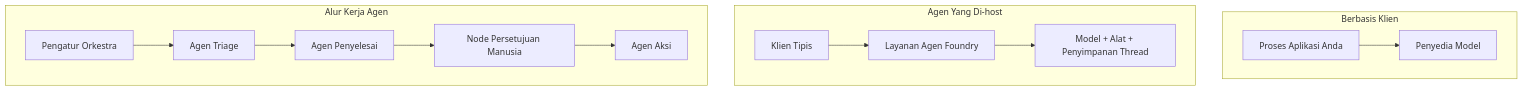
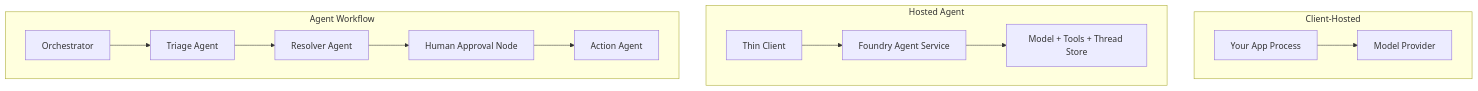
Before and after one commit to gabrielmoreira/agent-skills-mirror: the first of 4 diagrams in mirrors/repos/microsoft@ai-agents-for-beginners/translations/id/16-deploying-scalable-agents/README.md, drawn with Mermaid. The commit also changed other lines of this file and 5918 other files, not shown here.

````diff
--- a/mirrors/repos/microsoft@ai-agents-for-beginners/translations/id/16-deploying-scalable-agents/README.md
+++ b/mirrors/repos/microsoft@ai-agents-for-beginners/translations/id/16-deploying-scalable-agents/README.md
@@ -87,16 +87,16 @@
 ```mermaid
 flowchart TB
-    subgraph P1[Berbasis Klien]
-        A1[Proses Aplikasi Anda] --> M1[Penyedia Model]
+    subgraph P1[Client-Hosted]
+        A1[Your App Process] --> M1[Model Provider]
     end
-    subgraph P2[Agen Yang Di-host]
-        A2[Klien Tipis] --> F2[Layanan Agen Foundry]
-        F2 --> M2[Model + Alat + Penyimpanan Thread]
+    subgraph P2[Hosted Agent]
+        A2[Thin Client] --> F2[Foundry Agent Service]
+        F2 --> M2[Model + Tools + Thread Store]
     end
-    subgraph P3[Alur Kerja Agen]
-        A3[Pengatur Orkestra] --> S1[Agen Triage]
-        S1 --> S2[Agen Penyelesai]
-        S2 --> H[Node Persetujuan Manusia]
-        H --> S3[Agen Aksi]
+    subgraph P3[Agent Workflow]
+        A3[Orchestrator] --> S1[Triage Agent]
+        S1 --> S2[Resolver Agent]
+        S2 --> H[Human Approval Node]
+        H --> S3[Action Agent]
     end
 ```
````
